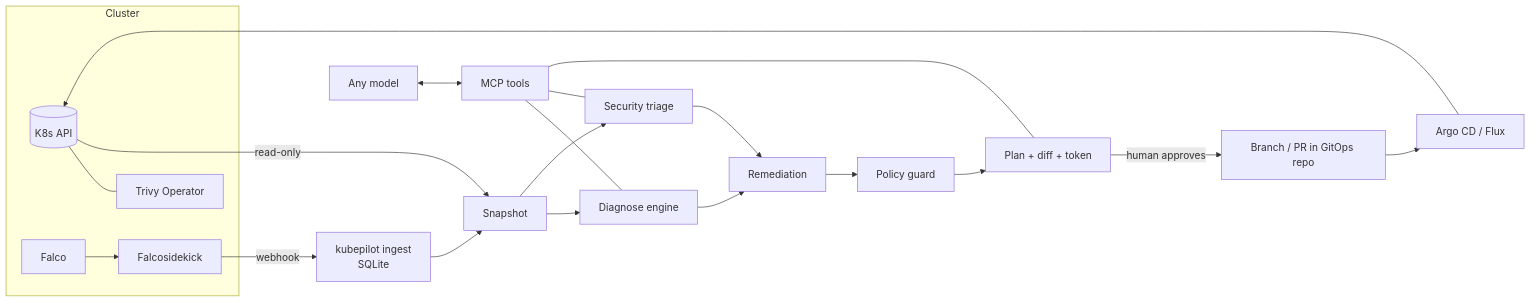
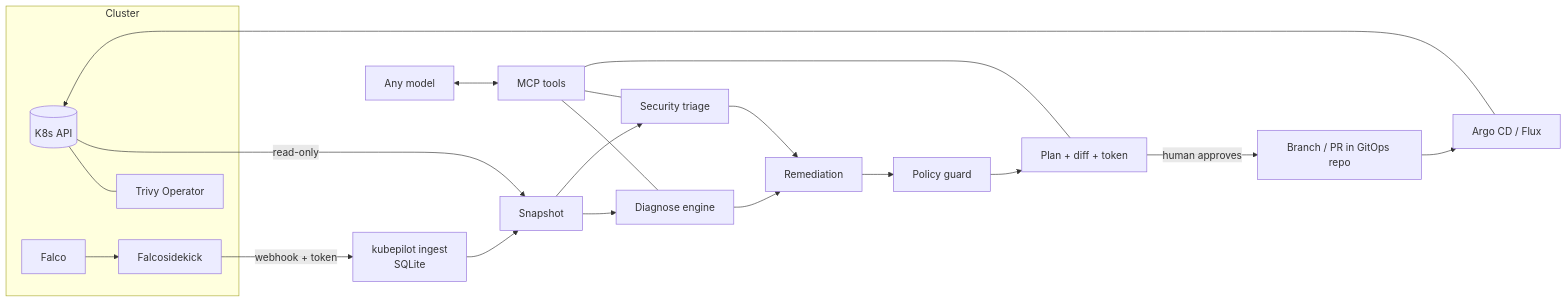
Before and after one commit to 007jesser/clarikube: the diagram in README.md, drawn with Mermaid. The commit also changed other lines of this file and 40 other files, not shown here.

````diff
--- a/README.md
+++ b/README.md
@@ -90,20 +95,20 @@
 ```mermaid
 flowchart LR
   subgraph Cluster
     K8s[(K8s API)] --- Trivy[Trivy Operator]
     Falco --> Sidekick[Falcosidekick]
   end
-  Sidekick -- webhook --> Ingest[kubepilot ingest\nSQLite]
+  Sidekick -- webhook + token --> Ingest[kubepilot ingest\nSQLite]
   K8s -- read-only --> Source
   Ingest --> Source[Snapshot]
   Source --> Diag[Diagnose engine]
   Source --> Sec[Security triage]
   Diag --> Rem[Remediation]
   Sec --> Rem
   Rem --> Guard[Policy guard]
   Guard --> Plan[Plan + diff + token]
   Plan -- human approves --> Git[Branch / PR in GitOps repo]
   Git --> Argo[Argo CD / Flux] --> K8s
   MCP[MCP tools] --- Diag & Sec & Plan
   LLM[Any model] <--> MCP
 ```
````
